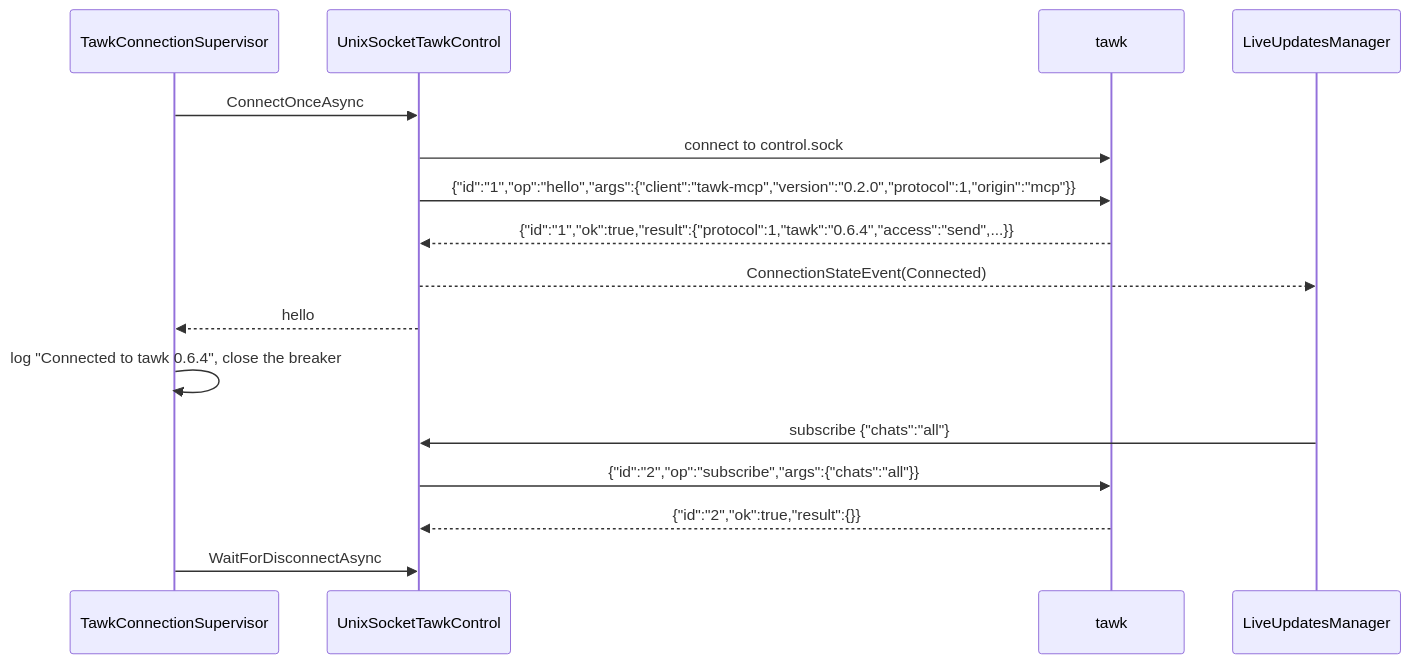
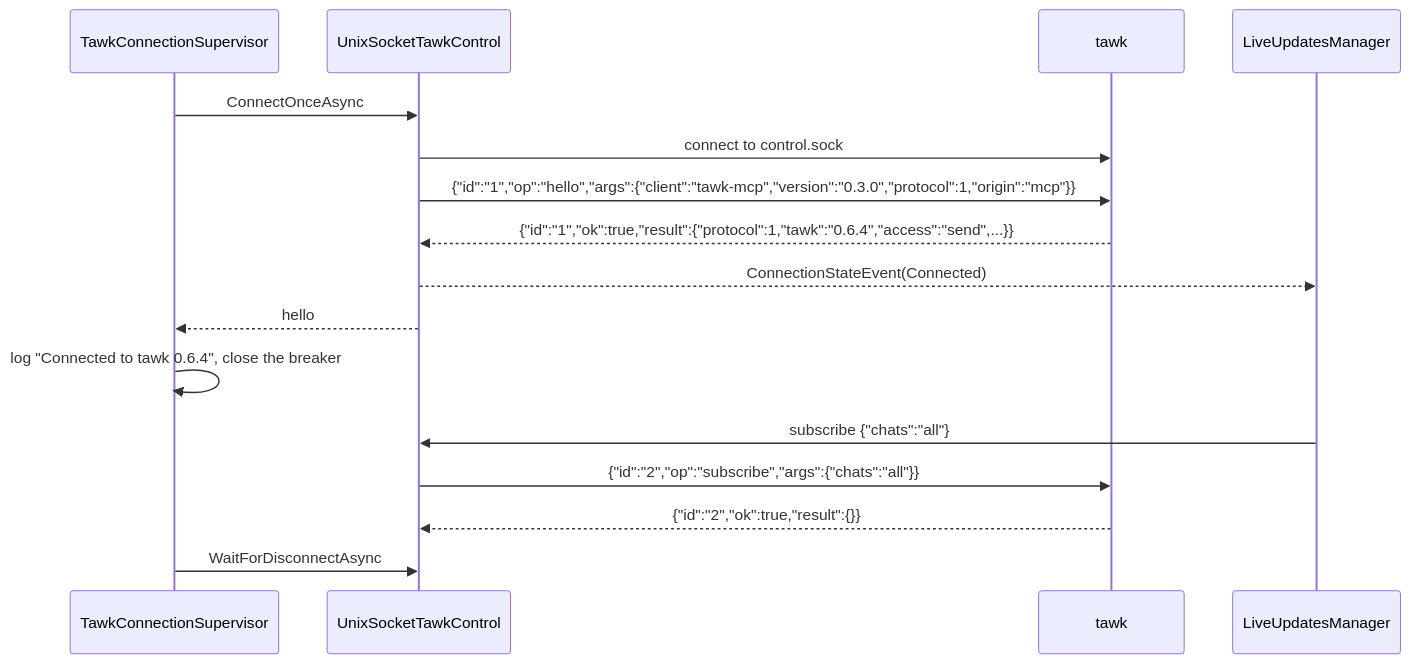
One commit to loganventer/Corvus.Mcp.Server.Tawk changed the first of 12 diagrams in HOW_IT_WORKS.md. Above: the diagram before and after it, drawn with Mermaid. The commit also changed 13 other files, not shown here.

````diff
--- a/HOW_IT_WORKS.md
+++ b/HOW_IT_WORKS.md
@@ -29,19 +29,19 @@
 ```mermaid
 sequenceDiagram
     participant S as TawkConnectionSupervisor
     participant C as UnixSocketTawkControl
     participant T as tawk
     participant L as LiveUpdatesManager
 
     S->>C: ConnectOnceAsync
     C->>T: connect to control.sock
-    C->>T: {"id":"1","op":"hello","args":{"client":"tawk-mcp","version":"0.2.0","protocol":1,"origin":"mcp"}}
+    C->>T: {"id":"1","op":"hello","args":{"client":"tawk-mcp","version":"0.3.0","protocol":1,"origin":"mcp"}}
     T-->>C: {"id":"1","ok":true,"result":{"protocol":1,"tawk":"0.6.4","access":"send",...}}
     C-->>L: ConnectionStateEvent(Connected)
     C-->>S: hello
     S->>S: log "Connected to tawk 0.6.4", close the breaker
     L->>C: subscribe {"chats":"all"}
     C->>T: {"id":"2","op":"subscribe","args":{"chats":"all"}}
     T-->>C: {"id":"2","ok":true,"result":{}}
     S->>C: WaitForDisconnectAsync
 ```
````
